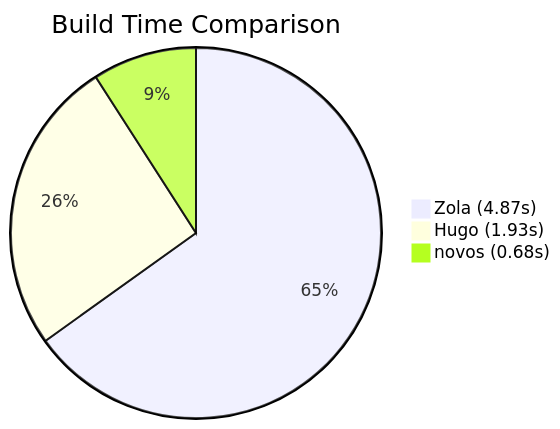
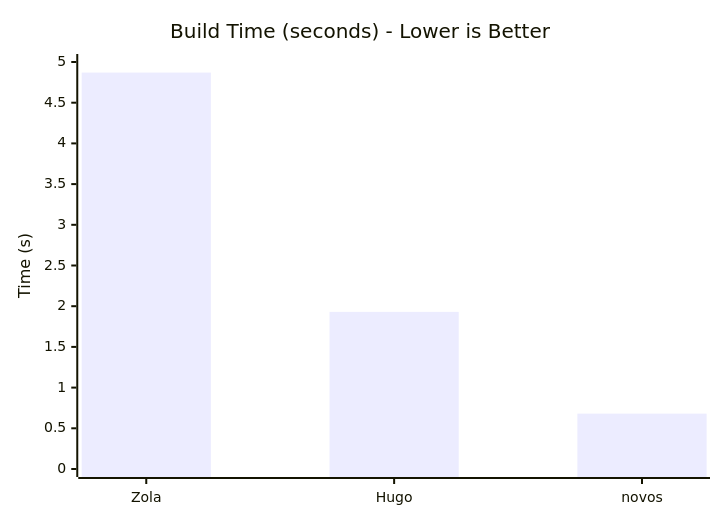
The diagram in README.md (novos-org/novos), drawn with Mermaid before and after one commit. The commit also changed other lines of this file, not shown here.

Commit message:
Update build time comparison chart format
Replaced pie chart with a bar chart for build time comparison.

````diff
--- a/README.md
+++ b/README.md
@@ -69,6 +68,7 @@
 ```mermaid
-pie title Build Time Comparison
-    "Zola (4.87s)" : 4.87
-    "Hugo (1.93s)" : 1.93
-    "novos (0.68s)" : 0.68
+xychart-beta
+    title "Build Time (seconds) - Lower is Better"
+    x-axis [Zola, Hugo, novos]
+    y-axis "Time (s)" 0 --> 5
+    bar [4.87, 1.93, 0.68]
 ```
````
